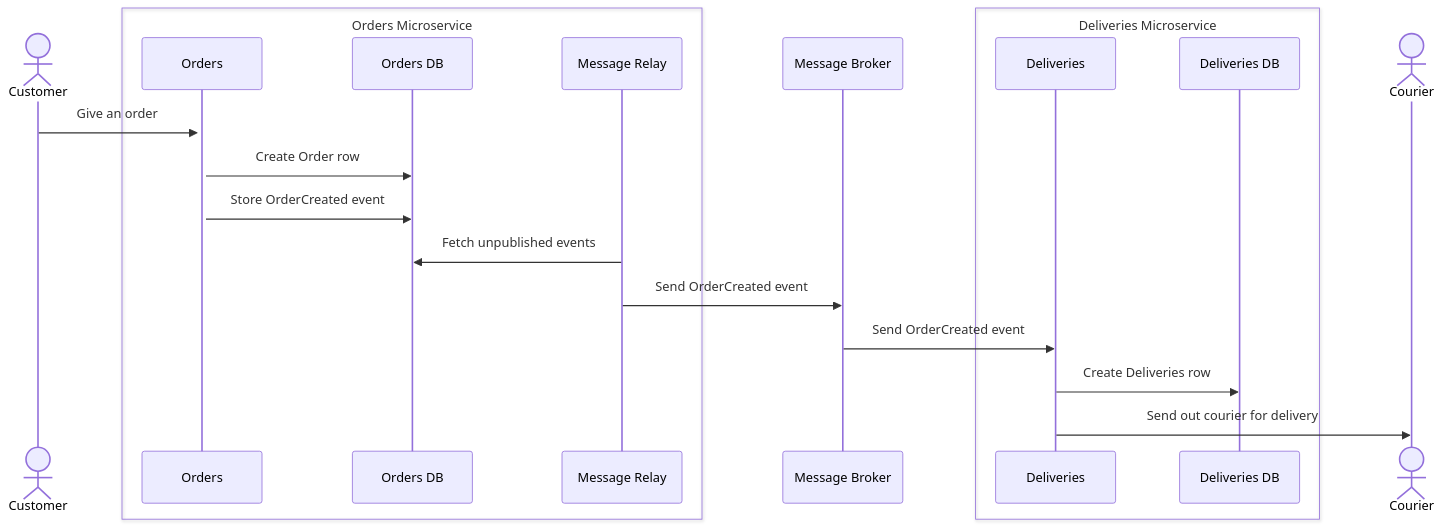
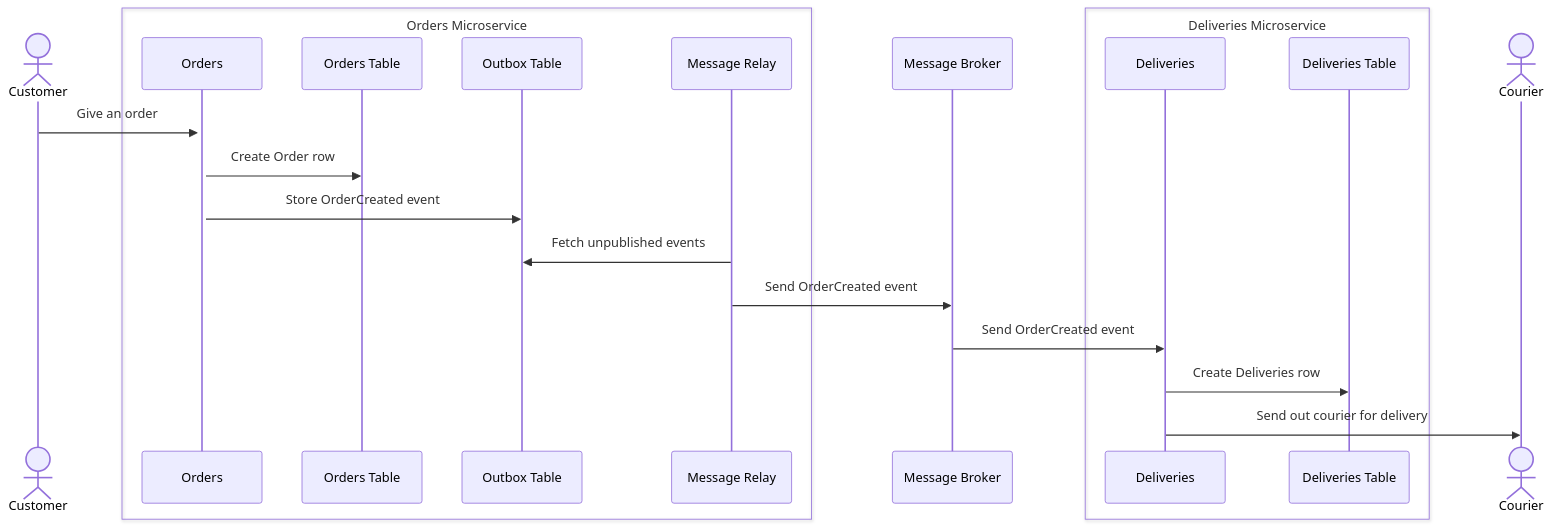
One commit to kubilaykarpat/microservices-patterns-in-practice changed the second of 2 diagrams in doc/why-outbox.md. Above: the diagram before and after it, drawn with Mermaid. The commit also changed other lines of this file, not shown here.

Commit message:
small change in diagram

````diff
--- a/doc/why-outbox.md
+++ b/doc/why-outbox.md
@@ -28,24 +25,25 @@
 ```mermaid
 sequenceDiagram
     actor Customer
     box Orders Microservice
     participant Orders
-    participant Orders DB
+    participant Orders Table
+    participant Outbox Table
     participant Message Relay
     end
     participant Message Broker
     box Deliveries Microservice
     participant Deliveries
-    participant Deliveries DB
+    participant Deliveries Table
     end
     actor Courier
     Customer ->>+ Orders: Give an order
-    Orders ->> Orders DB: Create Order row
-    Orders->> Orders DB: Store OrderCreated event
-    Message Relay ->> Orders DB: Fetch unpublished events
+    Orders ->> Orders Table: Create Order row
+    Orders->> Outbox Table: Store OrderCreated event
+    Message Relay ->> Outbox Table: Fetch unpublished events
     Message Relay ->> Message Broker: Send OrderCreated event 
     Message Broker->> Deliveries: Send OrderCreated event
-    Deliveries ->> Deliveries DB: Create Deliveries row
+    Deliveries ->> Deliveries Table: Create Deliveries row
     Deliveries ->> Courier: Send out courier for delivery
 
 ```
````
